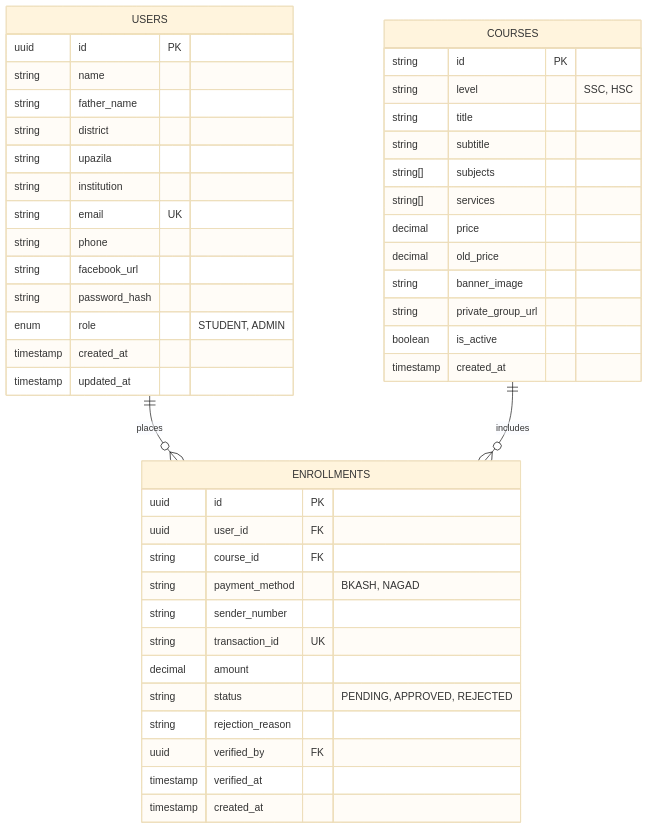
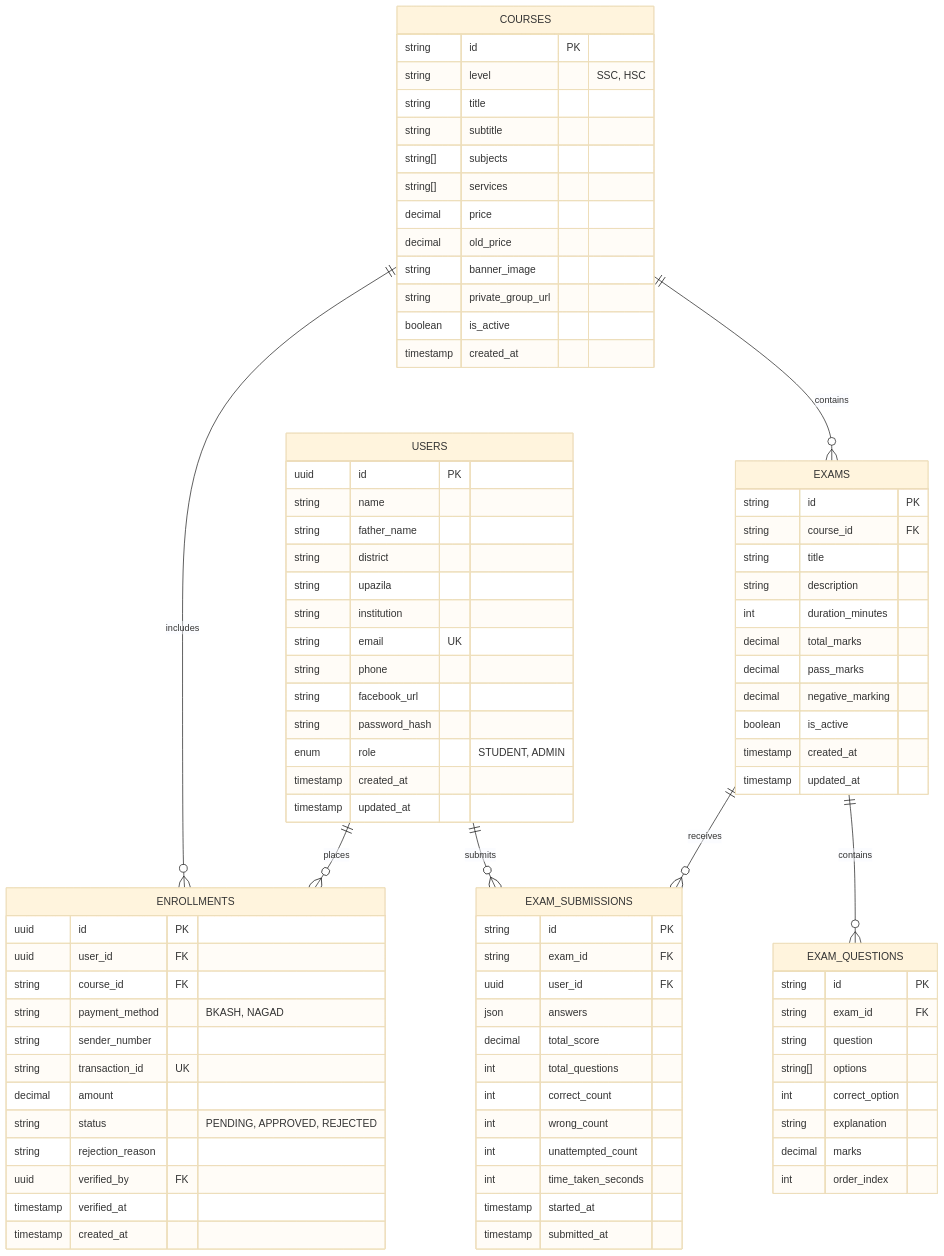
One commit to jubayerCodes/genius-squad changed the third of 4 diagrams in PRD.md. Above: the diagram before and after it, drawn with Mermaid (base theme). The commit also changed other lines of this file, not shown here.

Commit message:
docs(prd): add MCQ exam engine and live leaderboard specifications

````diff
--- a/PRD.md
+++ b/PRD.md
@@ -353,4 +353,49 @@
         timestamp verified_at
         timestamp created_at
     }
+
+    EXAMS {
+        string id PK
+        string course_id FK
+        string title
+        string description
+        int duration_minutes
+        decimal total_marks
+        decimal pass_marks
+        decimal negative_marking
+        boolean is_active
+        timestamp created_at
+        timestamp updated_at
+    }
+
+    EXAM_QUESTIONS {
+        string id PK
+        string exam_id FK
+        string question
+        string[] options
+        int correct_option
+        string explanation
+        decimal marks
+        int order_index
+    }
+
+    EXAM_SUBMISSIONS {
+        string id PK
+        string exam_id FK
+        uuid user_id FK
+        json answers
+        decimal total_score
+        int total_questions
+        int correct_count
+        int wrong_count
+        int unattempted_count
+        int time_taken_seconds
+        timestamp started_at
+        timestamp submitted_at
+    }
+
+    COURSES ||--o{ EXAMS : contains
+    EXAMS ||--o{ EXAM_QUESTIONS : contains
+    EXAMS ||--o{ EXAM_SUBMISSIONS : receives
+    USERS ||--o{ EXAM_SUBMISSIONS : submits
 ```
````
